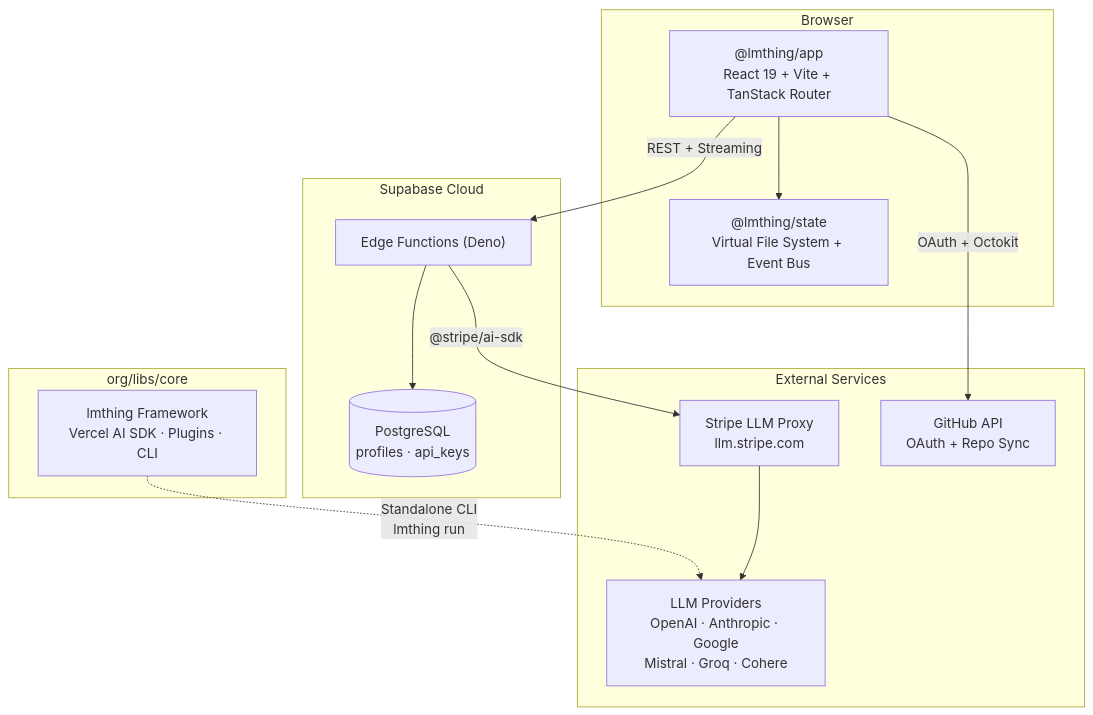
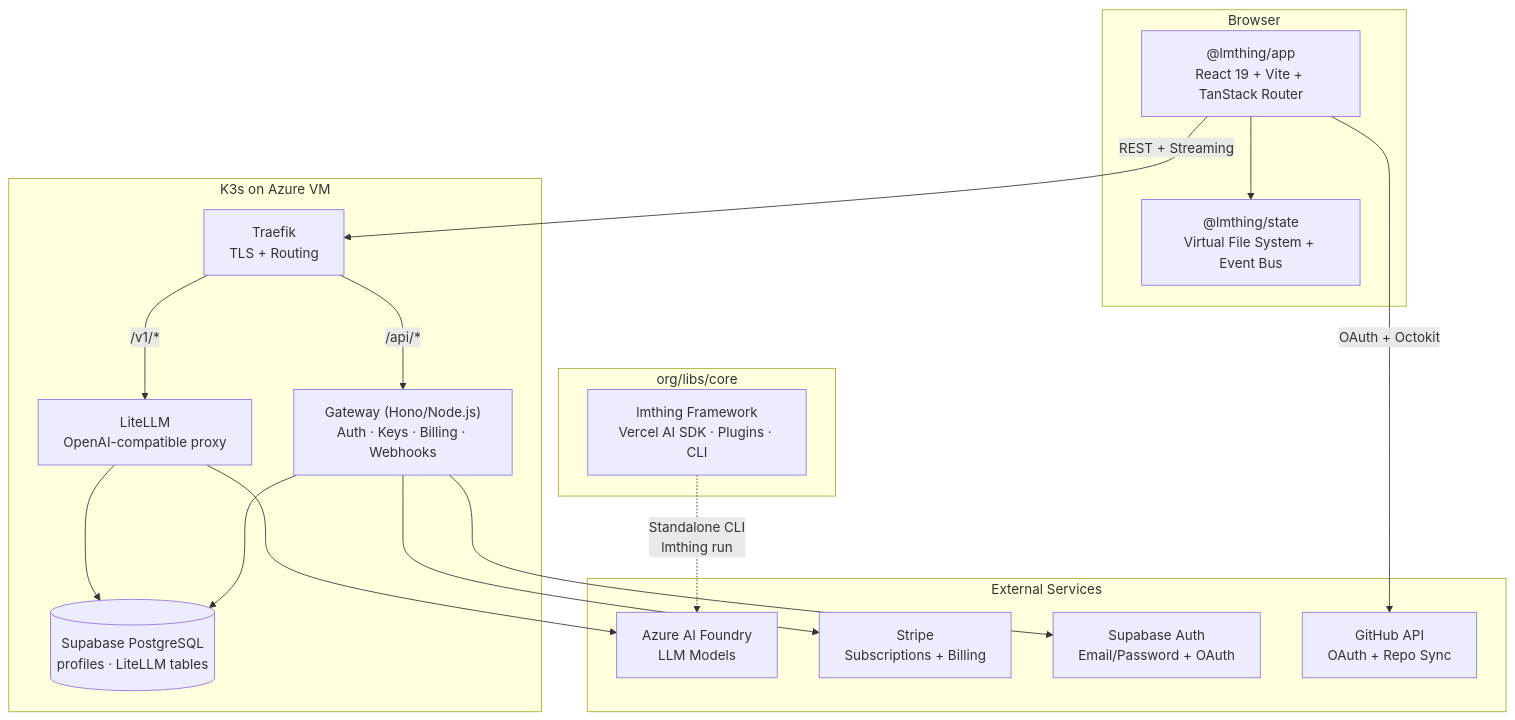
One commit to lmthing/lmthing changed the first of 7 diagrams in CLAUDE.md. Above: the diagram before and after it, drawn with Mermaid. The commit also changed other lines of this file and 5 other files, not shown here.

First line of the commit message:
docs: sync CLAUDE.md and knowledge docs with cloud/com architecture migration

````diff
--- a/CLAUDE.md
+++ b/CLAUDE.md
@@ -80,30 +84,37 @@
 ```mermaid
 graph TB
     subgraph Browser["Browser"]
         App["@lmthing/app<br/>React 19 + Vite + TanStack Router"]
         State["@lmthing/state<br/>Virtual File System + Event Bus"]
         App --> State
     end
 
-    subgraph Cloud["Supabase Cloud"]
-        Edge["Edge Functions (Deno)"]
-        DB[("PostgreSQL<br/>profiles · api_keys")]
-        Edge --> DB
+    subgraph Cloud["K3s on Azure VM"]
+        Traefik["Traefik<br/>TLS + Routing"]
+        LiteLLM["LiteLLM<br/>OpenAI-compatible proxy"]
+        Gateway["Gateway (Hono/Node.js)<br/>Auth · Keys · Billing · Webhooks"]
+        DB[("Supabase PostgreSQL<br/>profiles · LiteLLM tables")]
+        Traefik -- "/v1/*" --> LiteLLM
+        Traefik -- "/api/*" --> Gateway
+        LiteLLM --> DB
+        Gateway --> DB
     end
 
     subgraph External["External Services"]
-        Stripe["Stripe LLM Proxy<br/>llm.stripe.com"]
-        Providers["LLM Providers<br/>OpenAI · Anthropic · Google<br/>Mistral · Groq · Cohere"]
+        Azure["Azure AI Foundry<br/>LLM Models"]
+        Stripe["Stripe<br/>Subscriptions + Billing"]
+        SupaAuth["Supabase Auth<br/>Email/Password + OAuth"]
         GitHub["GitHub API<br/>OAuth + Repo Sync"]
-        Stripe --> Providers
     end
 
     subgraph Library["org/libs/core"]
         Core["lmthing Framework<br/>Vercel AI SDK · Plugins · CLI"]
     end
 
-    App -- "REST + Streaming" --> Edge
-    Edge -- "@stripe/ai-sdk" --> Stripe
+    App -- "REST + Streaming" --> Traefik
+    LiteLLM --> Azure
+    Gateway --> Stripe
+    Gateway --> SupaAuth
     App -- "OAuth + Octokit" --> GitHub
-    Core -. "Standalone CLI<br/>lmthing run" .-> Providers
+    Core -. "Standalone CLI<br/>lmthing run" .-> Azure
 ```
````
